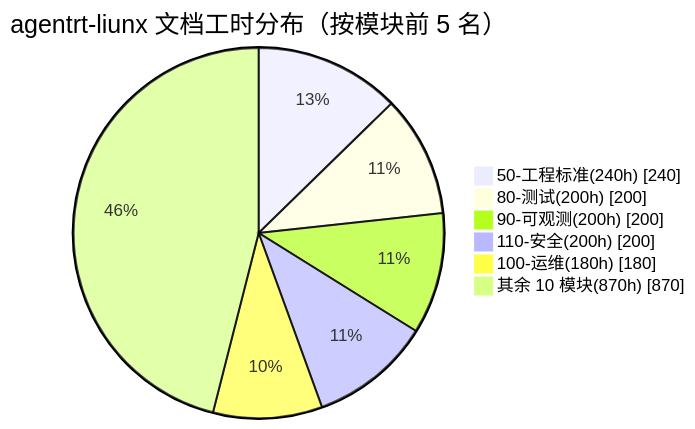
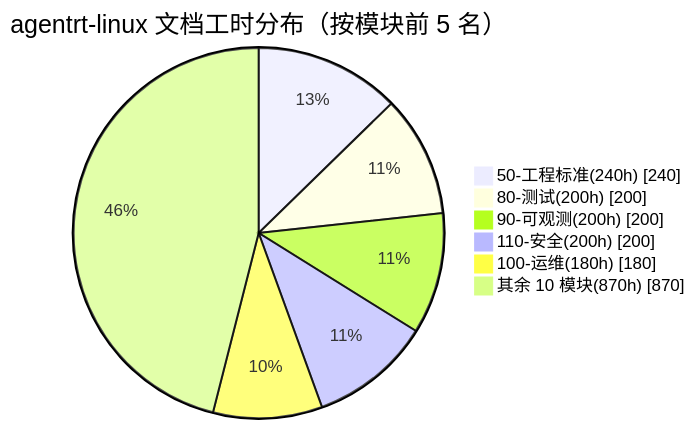
Before and after one commit to openairymax/docs: the second of 5 diagrams in AirymaxOS/130-roadmap/03-resource-estimation.md, drawn with Mermaid. The commit also changed other lines of this file and 75 other files, not shown here.

````diff
--- a/AirymaxOS/130-roadmap/03-resource-estimation.md
+++ b/AirymaxOS/130-roadmap/03-resource-estimation.md
@@ -136,10 +136,10 @@
 ```mermaid
 pie showData
-    title agentrt-liunx 文档工时分布（按模块前 5 名）
+    title agentrt-linux 文档工时分布（按模块前 5 名）
     "50-工程标准(240h)" : 240
     "80-测试(200h)" : 200
     "90-可观测(200h)" : 200
     "110-安全(200h)" : 200
     "100-运维(180h)" : 180
     "其余 10 模块(870h)" : 870
 ```
````
